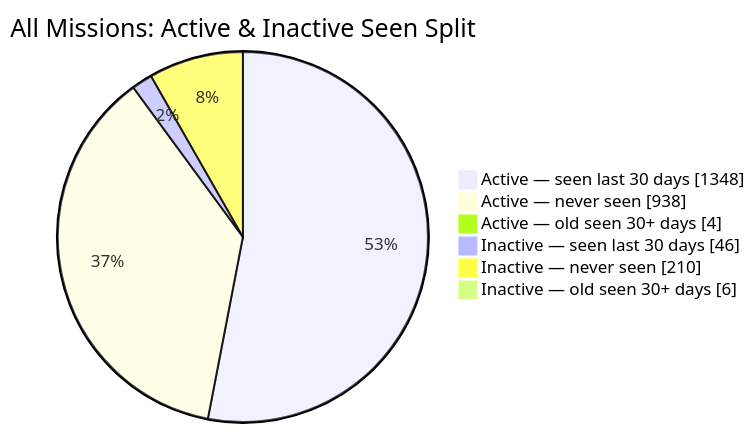
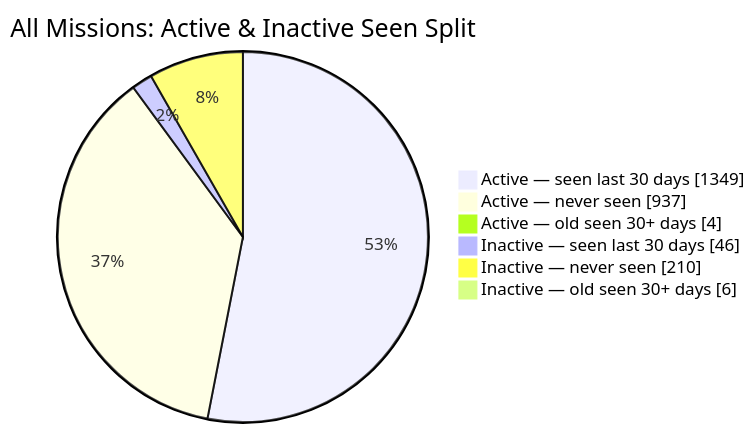
The second of 2 diagrams in README.md (MeldkamerspelGameTeam/active-missions), drawn with Mermaid before and after one commit. The commit also changed other lines of this file and 2 other files, not shown here.

````diff
--- a/README.md
+++ b/README.md
@@ -44,10 +44,10 @@
 ```mermaid
 pie showData
     title All Missions: Active & Inactive Seen Split
-    "Active — seen last 30 days" : 1348
-    "Active — never seen" : 938
+    "Active — seen last 30 days" : 1349
+    "Active — never seen" : 937
     "Active — old seen 30+ days" : 4
     "Inactive — seen last 30 days" : 46
     "Inactive — never seen" : 210
     "Inactive — old seen 30+ days" : 6
 ```
````
